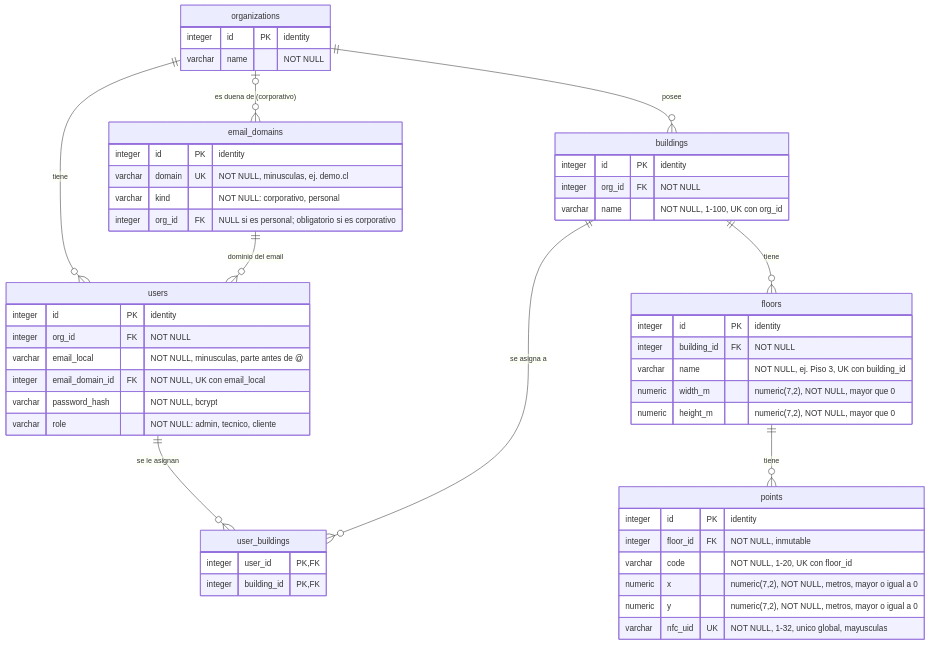
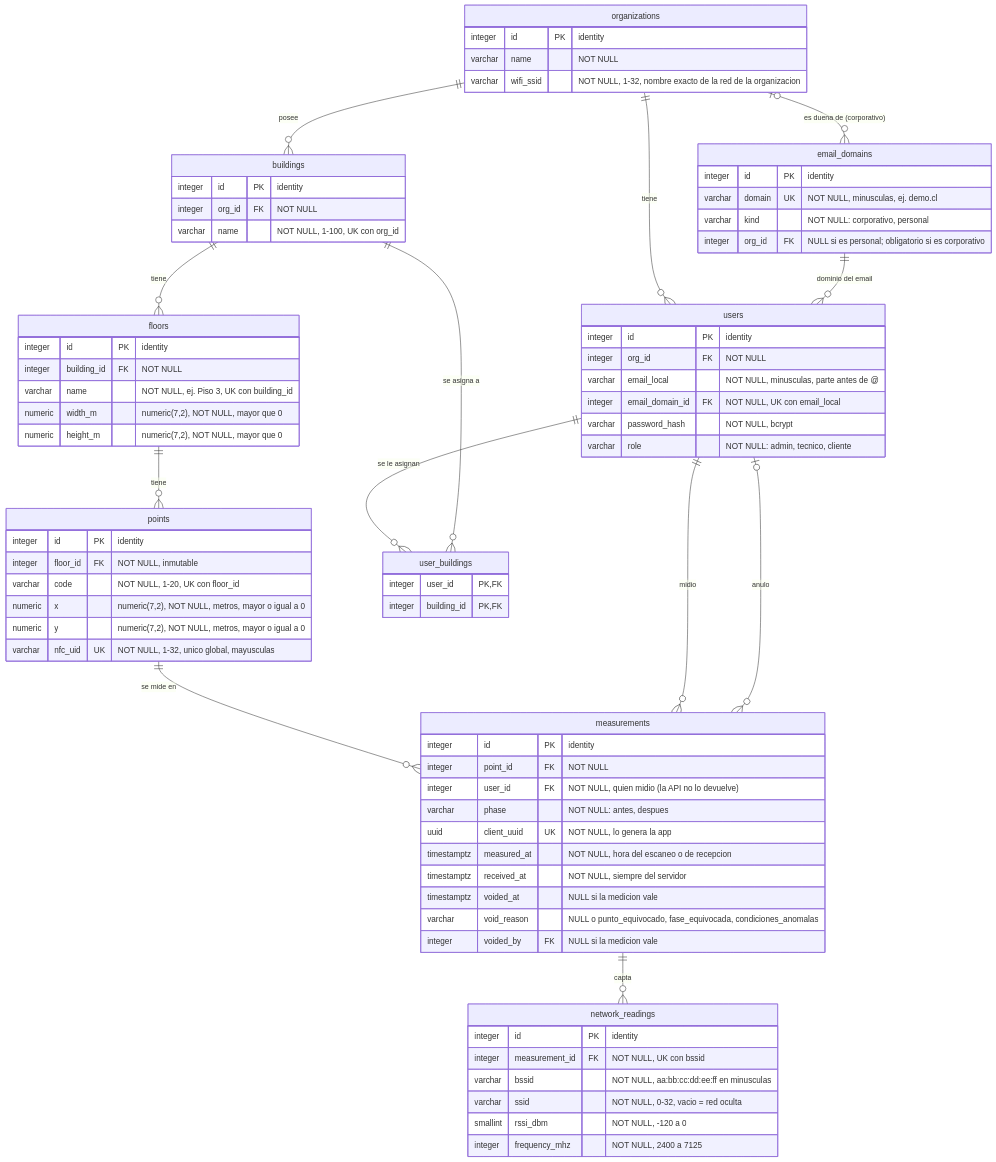
One commit to Signali/MapeoWifiSignal changed the diagram in db/er-diagram.md. Above: the diagram before and after it, drawn with Mermaid. The commit also changed other lines of this file and 9 other files, not shown here.

````diff
--- a/db/er-diagram.md
+++ b/db/er-diagram.md
@@ -15,10 +15,15 @@
     floors ||--o{ points : "tiene"
     users ||--o{ user_buildings : "se le asignan"
     buildings ||--o{ user_buildings : "se asigna a"
+    points ||--o{ measurements : "se mide en"
+    users ||--o{ measurements : "midio"
+    users |o--o{ measurements : "anulo"
+    measurements ||--o{ network_readings : "capta"
 
     organizations {
         integer id PK "identity"
         varchar name "NOT NULL"
+        varchar wifi_ssid "NOT NULL, 1-32, nombre exacto de la red de la organizacion"
     }
 
     email_domains {
@@ -64,4 +69,26 @@
         integer user_id PK, FK
         integer building_id PK, FK
     }
+
+    measurements {
+        integer id PK "identity"
+        integer point_id FK "NOT NULL"
+        integer user_id FK "NOT NULL, quien midio (la API no lo devuelve)"
+        varchar phase "NOT NULL: antes, despues"
+        uuid client_uuid UK "NOT NULL, lo genera la app"
+        timestamptz measured_at "NOT NULL, hora del escaneo o de recepcion"
+        timestamptz received_at "NOT NULL, siempre del servidor"
+        timestamptz voided_at "NULL si la medicion vale"
+        varchar void_reason "NULL o punto_equivocado, fase_equivocada, condiciones_anomalas"
+        integer voided_by FK "NULL si la medicion vale"
+    }
+
+    network_readings {
+        integer id PK "identity"
+        integer measurement_id FK "NOT NULL, UK con bssid"
+        varchar bssid "NOT NULL, aa:bb:cc:dd:ee:ff en minusculas"
+        varchar ssid "NOT NULL, 0-32, vacio = red oculta"
+        smallint rssi_dbm "NOT NULL, -120 a 0"
+        integer frequency_mhz "NOT NULL, 2400 a 7125"
+    }
 ```
````
